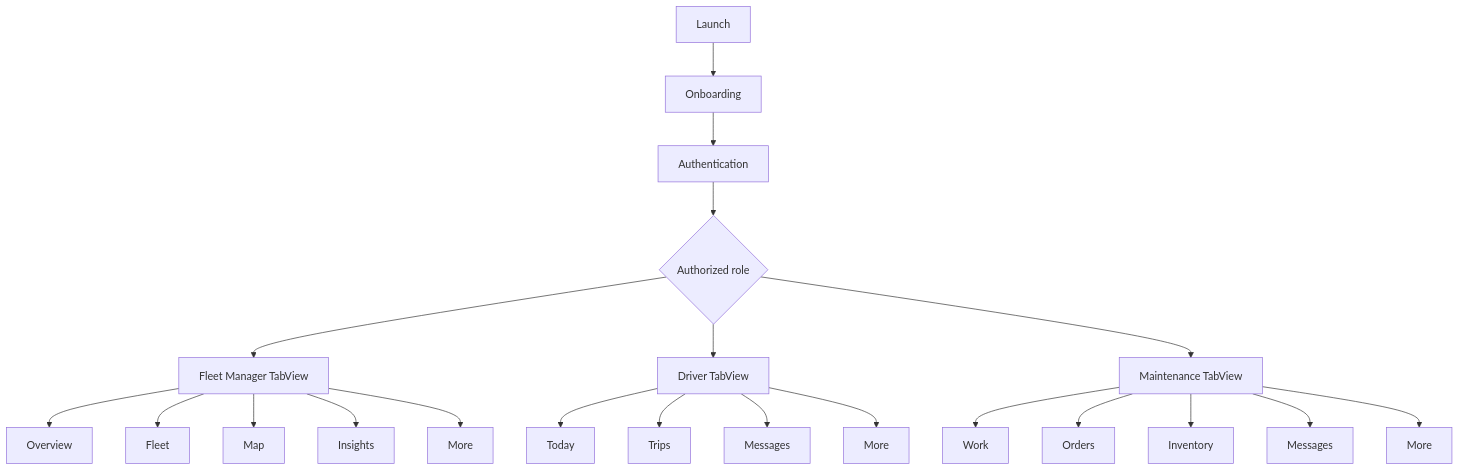
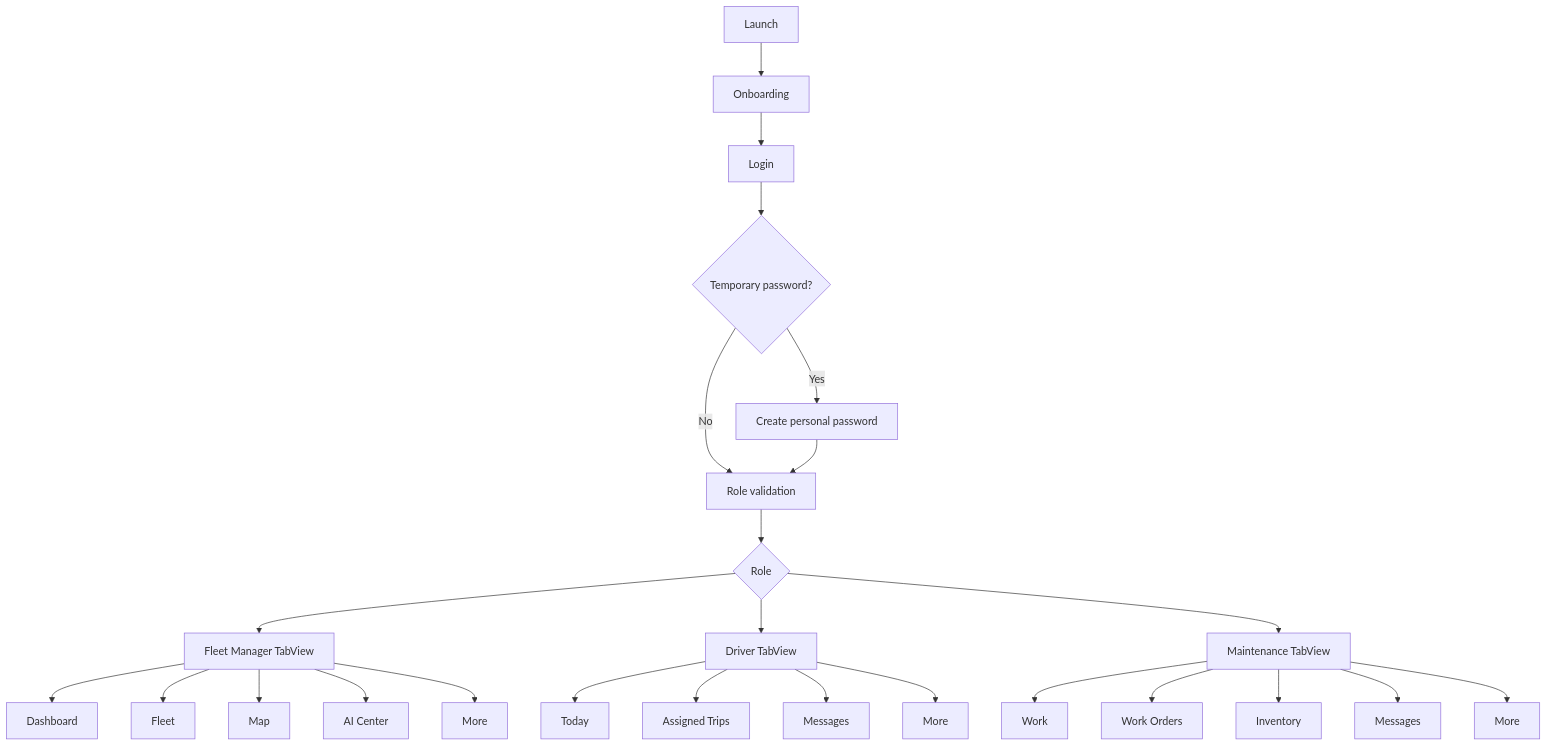
Before and after one commit to Himadrimani/FMS: the diagram in Documentation/PRODUCT_BLUEPRINT.md, drawn with Mermaid. The commit also changed other lines of this file and 16 other files, not shown here.

````diff
--- a/Documentation/PRODUCT_BLUEPRINT.md
+++ b/Documentation/PRODUCT_BLUEPRINT.md
@@ -40,23 +33,30 @@
 ```mermaid
 flowchart TD
     A["Launch"] --> B["Onboarding"]
-    B --> C["Authentication"]
-    C --> D{"Authorized role"}
-    D --> M["Fleet Manager TabView"]
-    D --> R["Driver TabView"]
-    D --> T["Maintenance TabView"]
-    M --> M1["Overview"]
+    B --> C["Login"]
+    C --> D{"Temporary password?"}
+    D -->|Yes| E["Create personal password"]
+    D -->|No| F["Role validation"]
+    E --> F
+    F --> G{"Role"}
+    G --> M["Fleet Manager TabView"]
+    G --> R["Driver TabView"]
+    G --> T["Maintenance TabView"]
+
+    M --> M1["Dashboard"]
     M --> M2["Fleet"]
     M --> M3["Map"]
-    M --> M4["Insights"]
+    M --> M4["AI Center"]
     M --> M5["More"]
+
     R --> R1["Today"]
-    R --> R2["Trips"]
+    R --> R2["Assigned Trips"]
     R --> R3["Messages"]
     R --> R4["More"]
+
     T --> T1["Work"]
-    T --> T2["Orders"]
+    T --> T2["Work Orders"]
     T --> T3["Inventory"]
     T --> T4["Messages"]
     T --> T5["More"]
 ```
````
